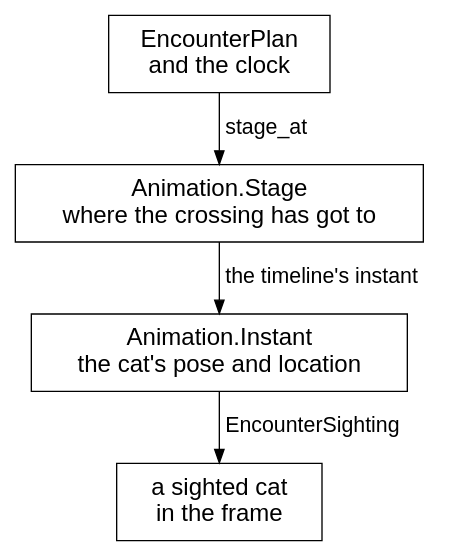
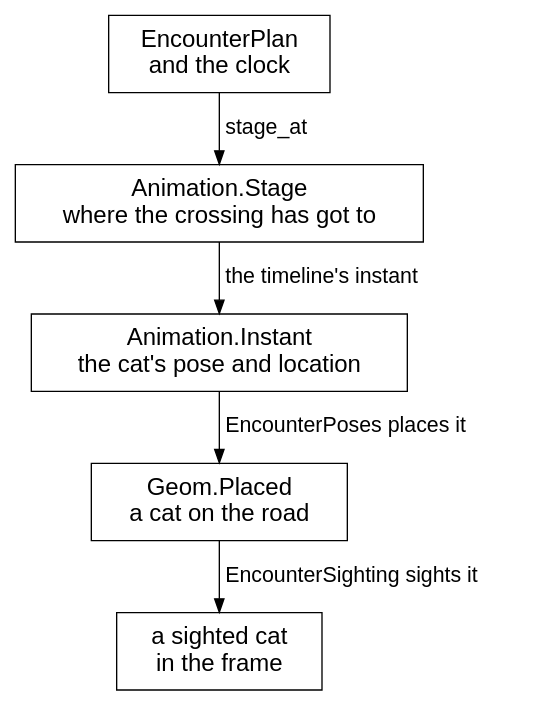
Before and after one commit to showell/roc-apps: diagram 12 of 22 in canvas_apps/safari/tutorial/tutorial.md, drawn with Graphviz. The commit also changed other lines of this file and 5 other files, not shown here.

````diff
--- a/canvas_apps/safari/tutorial/tutorial.md
+++ b/canvas_apps/safari/tutorial/tutorial.md
@@ -2103,16 +2103,18 @@
 ```dot
 digraph cat {
   rankdir=TB;
   nodesep=0.6;
   ranksep=0.5;
   node [shape=box, fontname="Helvetica", fontsize=18, margin="0.25,0.12"];
   edge [fontname="Helvetica", fontsize=16];
   plan [label="EncounterPlan\nand the clock"];
   stage [label="Animation.Stage\nwhere the crossing has got to"];
   instant [label="Animation.Instant\nthe cat's pose and location"];
+  placed [label="Geom.Placed\na cat on the road"];
   sighted [label="a sighted cat\nin the frame"];
   plan -> stage [label="  stage_at\l"];
   stage -> instant [label="  the timeline's instant\l"];
-  instant -> sighted [label="  EncounterSighting\l"];
+  instant -> placed [label="  EncounterPoses places it\l"];
+  placed -> sighted [label="  EncounterSighting sights it\l"];
 }
 ```
````
